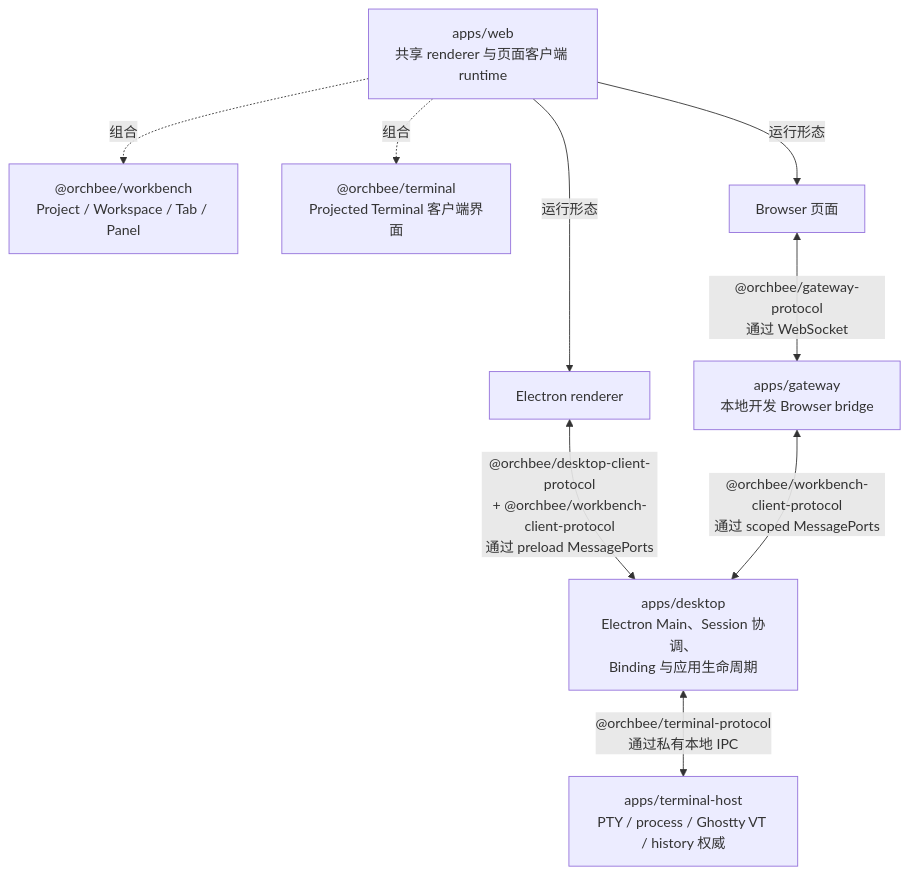
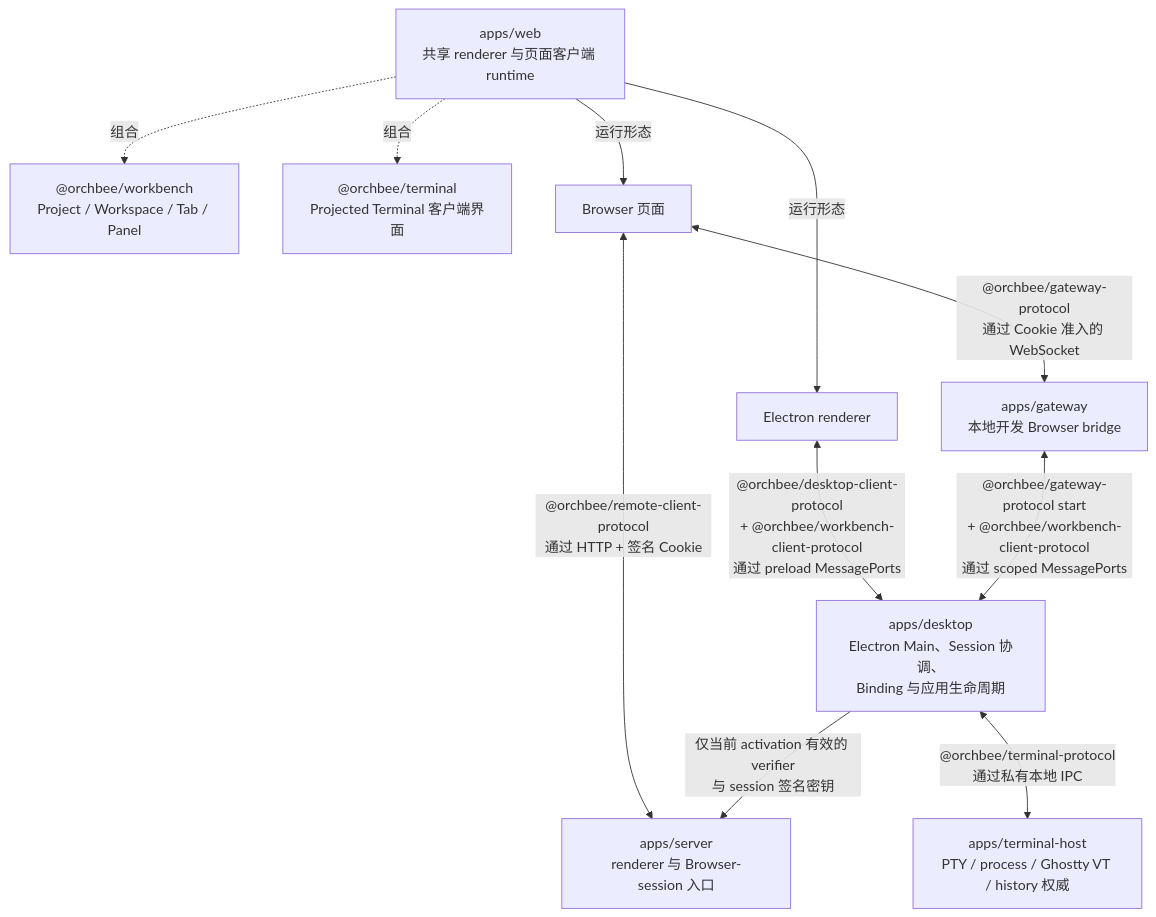
Before and after one commit to i-need-token/orchbee: the diagram in docs/zh-CN/ARCHITECTURE.md, drawn with Mermaid. The commit also changed 132 other files, not shown here.

Commit message:
feat(remote): add personal access token browser authentication

````diff
--- a/docs/zh-CN/ARCHITECTURE.md
+++ b/docs/zh-CN/ARCHITECTURE.md
@@ -15,16 +15,18 @@
 ```mermaid
 flowchart TB
 	Web["apps/web<br/>共享 renderer 与页面客户端 runtime"]
 	Workbench["@orchbee/workbench<br/>Project / Workspace / Tab / Panel"]
 	Terminal["@orchbee/terminal<br/>Projected Terminal 客户端界面"]
 
 	Web -. "组合" .-> Workbench
 	Web -. "组合" .-> Terminal
 	Web -->|"运行形态"| Electron["Electron renderer"]
 	Web -->|"运行形态"| Browser["Browser 页面"]
 
 	Electron <-->|"@orchbee/desktop-client-protocol<br/>+ @orchbee/workbench-client-protocol<br/>通过 preload MessagePorts"| Desktop["apps/desktop<br/>Electron Main、Session 协调、<br/>Binding 与应用生命周期"]
-	Browser <-->|"@orchbee/gateway-protocol<br/>通过 WebSocket"| Gateway["apps/gateway<br/>本地开发 Browser bridge"]
-	Gateway <-->|"@orchbee/workbench-client-protocol<br/>通过 scoped MessagePorts"| Desktop
+	Browser <-->|"@orchbee/remote-client-protocol<br/>通过 HTTP + 签名 Cookie"| Server["apps/server<br/>renderer 与 Browser-session 入口"]
+	Browser <-->|"@orchbee/gateway-protocol<br/>通过 Cookie 准入的 WebSocket"| Gateway["apps/gateway<br/>本地开发 Browser bridge"]
+	Desktop -->|"仅当前 activation 有效的 verifier<br/>与 session 签名密钥"| Server
+	Gateway <-->|"@orchbee/gateway-protocol start<br/>+ @orchbee/workbench-client-protocol<br/>通过 scoped MessagePorts"| Desktop
 	Desktop <-->|"@orchbee/terminal-protocol<br/>通过私有本地 IPC"| Host["apps/terminal-host<br/>PTY / process / Ghostty VT / history 权威"]
 ```
````
